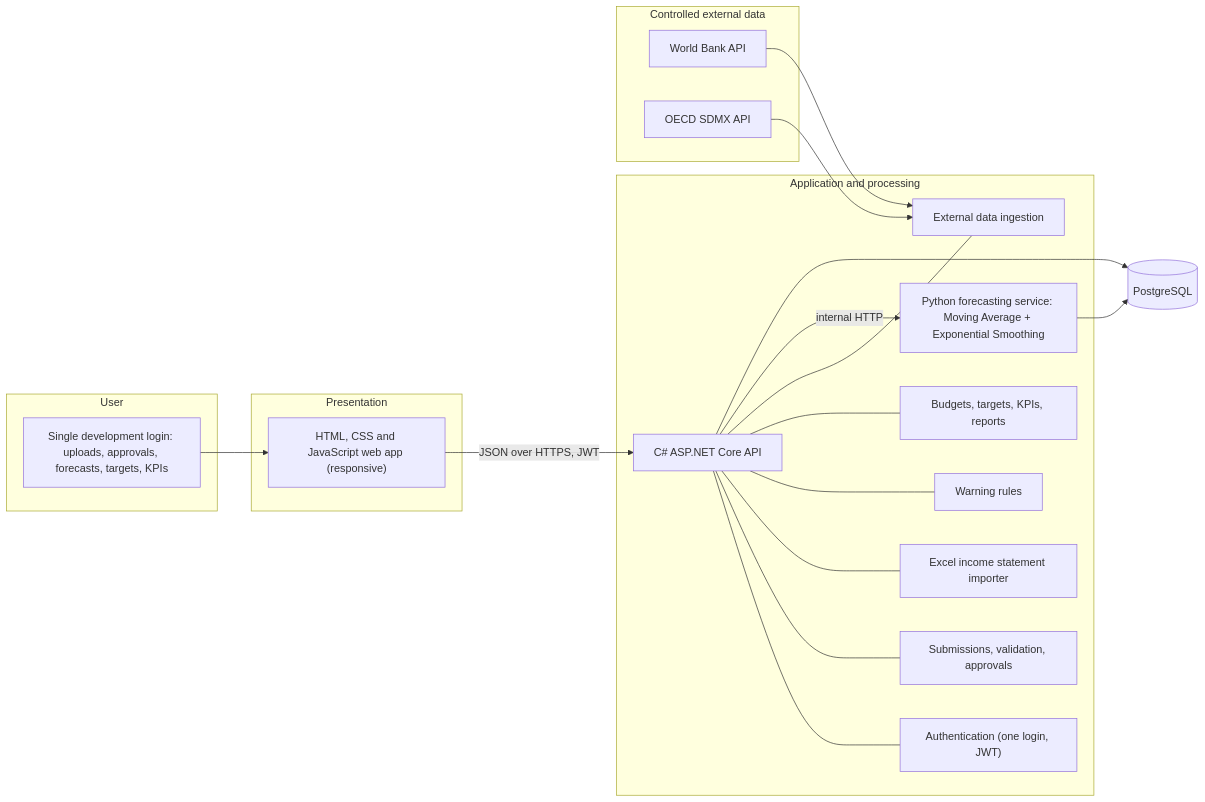
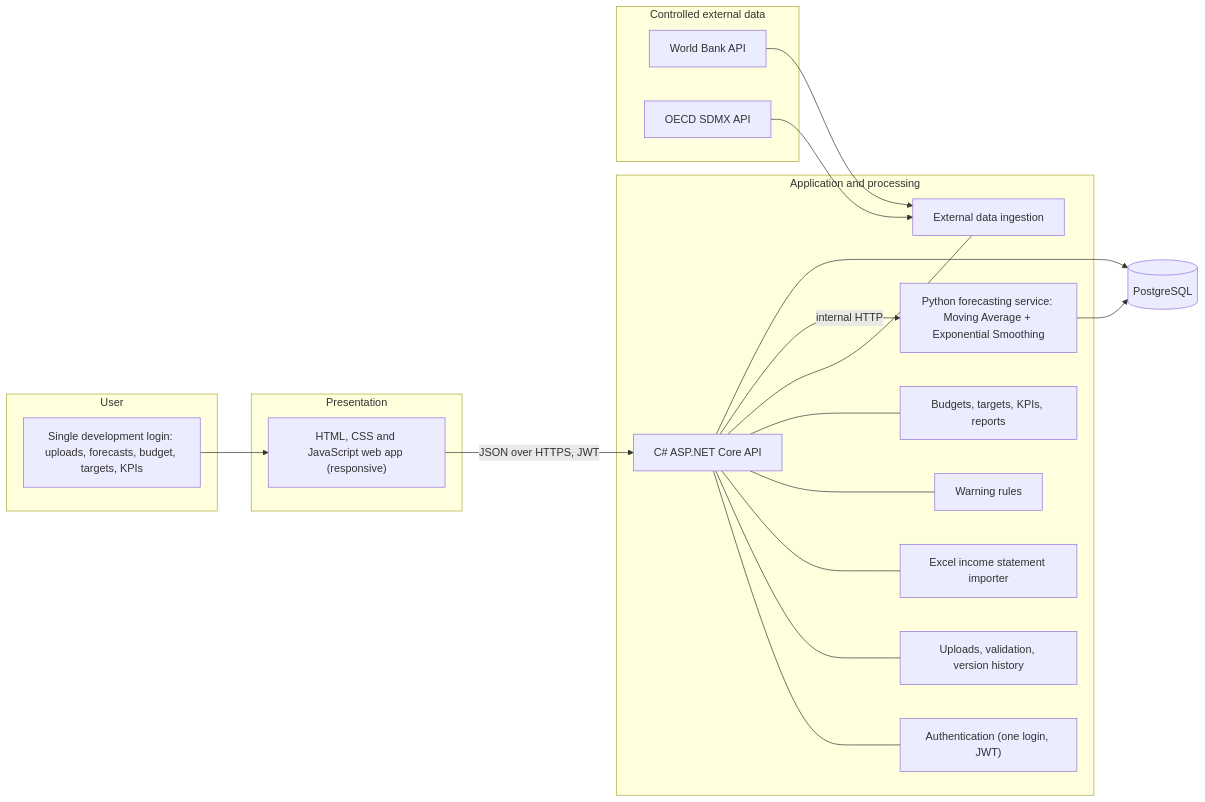
One commit to codePexx-ZA/randahead changed the diagram in README.md. Above: the diagram before and after it, drawn with Mermaid. The commit also changed other lines of this file and 3 other files, not shown here.

````diff
--- a/README.md
+++ b/README.md
@@ -25,42 +25,42 @@
 ```mermaid
 graph LR
     subgraph USERS[User]
-        U["Single development login: uploads, approvals, forecasts, targets, KPIs"]
+        U["Single development login: uploads, forecasts, budget, targets, KPIs"]
     end
 
     subgraph FRONTEND[Presentation]
         UI["HTML, CSS and JavaScript web app (responsive)"]
     end
 
     subgraph BACKEND[Application and processing]
         API["C# ASP.NET Core API"]
         AUTH["Authentication (one login, JWT)"]
-        WORKFLOW["Submissions, validation, approvals"]
+        WORKFLOW["Uploads, validation, version history"]
         IMPORT["Excel income statement importer"]
         RULES["Warning rules"]
         INGEST["External data ingestion"]
         REPORTS["Budgets, targets, KPIs, reports"]
         FC["Python forecasting service: Moving Average + Exponential Smoothing"]
     end
 
     subgraph EXTERNAL[Controlled external data]
         WB["World Bank API"]
         OECD["OECD SDMX API"]
     end
 
     DB[("PostgreSQL")]
 
     U --> UI
     UI -->|JSON over HTTPS, JWT| API
     API --- AUTH
     API --- WORKFLOW
     API --- IMPORT
     API --- RULES
     API --- REPORTS
     API --- INGEST
     WB --> INGEST
     OECD --> INGEST
     API -->|internal HTTP| FC
     API --> DB
     FC --> DB
 ```
````
